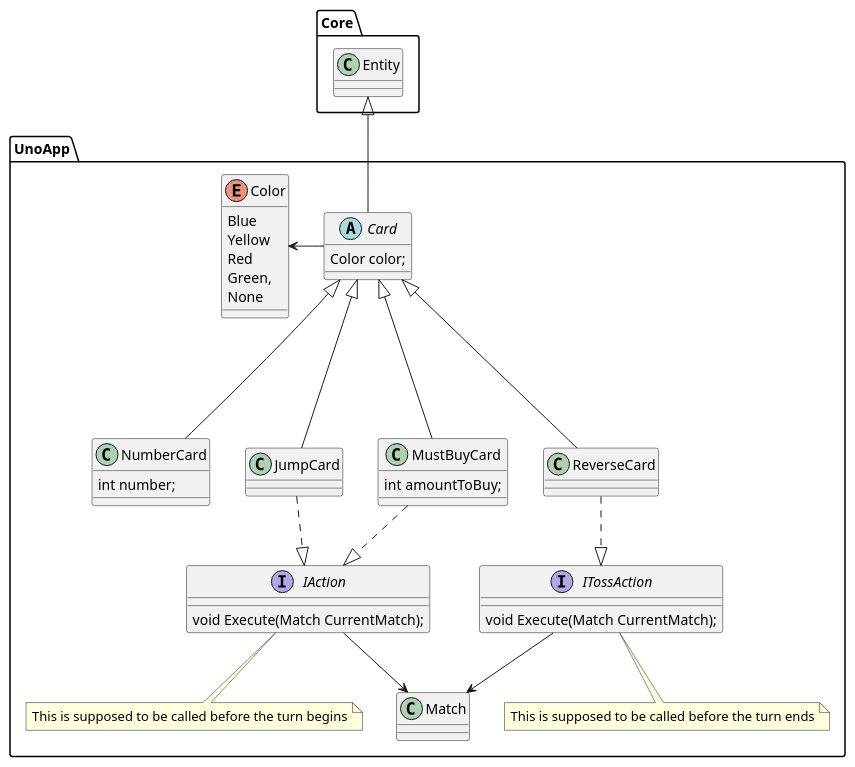
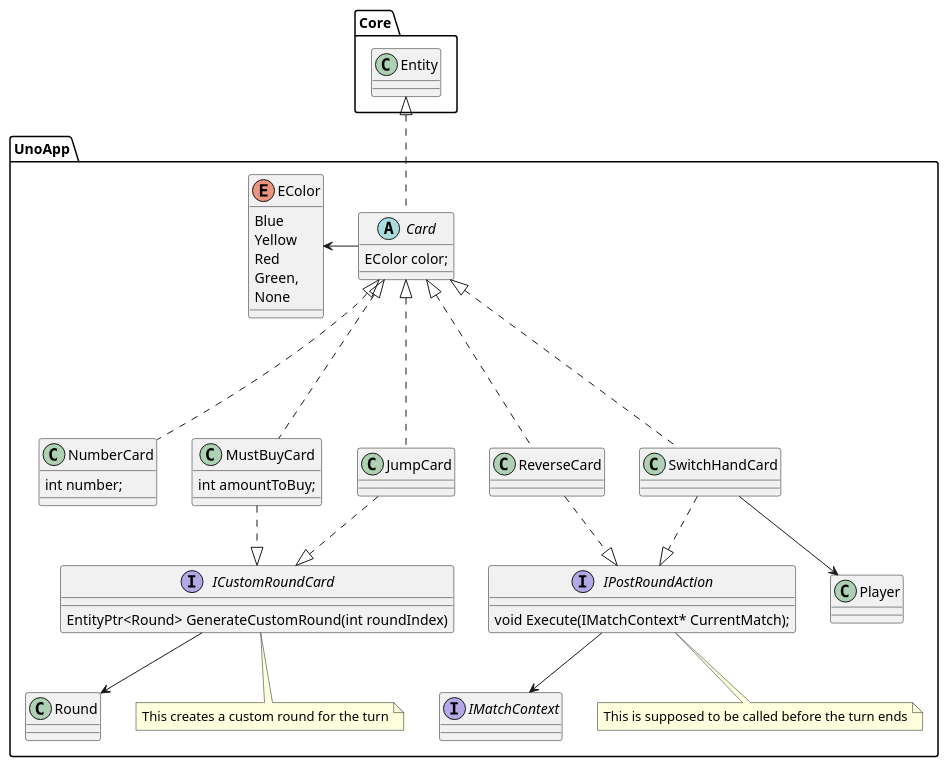
One commit to rodrigoaadias/UnoGameProjectCpp changed the diagram in Documentation/CardsUML.puml. Above: the diagram before and after it, drawn with PlantUML. The commit also changed 2 other files, not shown here.

Commit message:
final updates on the UML diagrams

```diff
--- a/Documentation/CardsUML.puml
+++ b/Documentation/CardsUML.puml
@@ -1,64 +1,69 @@
 @startuml
 'https://plantuml.com/class-diagram
 
 package Core{
     class Entity{
     }
 }
 
 package UnoApp{
-    enum Color{
+    enum EColor{
         Blue
         Yellow
         Red
         Green,
         None
     }
 
     abstract class Card{
-        Color color;
+        EColor color;
     }
 
     class NumberCard{
         int number;
     }
 
     class MustBuyCard{
         int amountToBuy;
     }
 
     class ReverseCard{
     }
 
     class JumpCard{
     }
-
-    Entity <|-- Card
-    Color <- Card
-    Card <|--- NumberCard
-    Card <|--- MustBuyCard
-    Card <|--- ReverseCard
-    Card <|--- JumpCard
-
-    interface IAction{
-        void Execute(Match CurrentMatch);
+    
+    class SwitchHandCard{
     }
 
-    interface ITossAction{    
-        void Execute(Match CurrentMatch);
+    Entity <|.. Card
+    EColor <- Card
+    Card <|... NumberCard
+    Card <|... MustBuyCard
+    Card <|... ReverseCard
+    Card <|... JumpCard
+    Card <|... SwitchHandCard
+
+    interface ICustomRoundCard{
+        EntityPtr<Round> GenerateCustomRound(int roundIndex)
     }
 
-    MustBuyCard ..|> IAction
-    JumpCard ..|> IAction
-    ReverseCard ..|> ITossAction
+    interface IPostRoundAction{    
+        void Execute(IMatchContext* CurrentMatch);
+    }
     
-    class Match{
-    }
+    interface IMatchContext{}
 
-    note bottom of ITossAction : This is supposed to be called before the turn ends
-    note bottom of IAction : This is supposed to be called before the turn begins
+    MustBuyCard ..|> ICustomRoundCard
+    JumpCard ..|> ICustomRoundCard
+    ReverseCard ..|> IPostRoundAction
+    SwitchHandCard ..|> IPostRoundAction
 
-    IAction --> Match
-    ITossAction --> Match
+    ICustomRoundCard --> Round
+    IPostRoundAction --> IMatchContext
+    SwitchHandCard --> Player
+
+    note bottom of IPostRoundAction : This is supposed to be called before the turn ends
+    note bottom of ICustomRoundCard : This creates a custom round for the turn
 }
 @enduml
```
